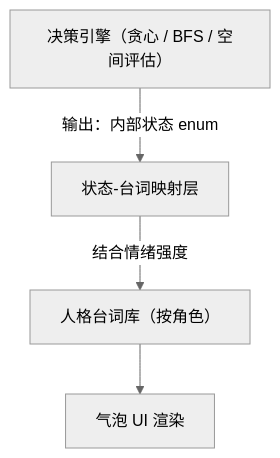
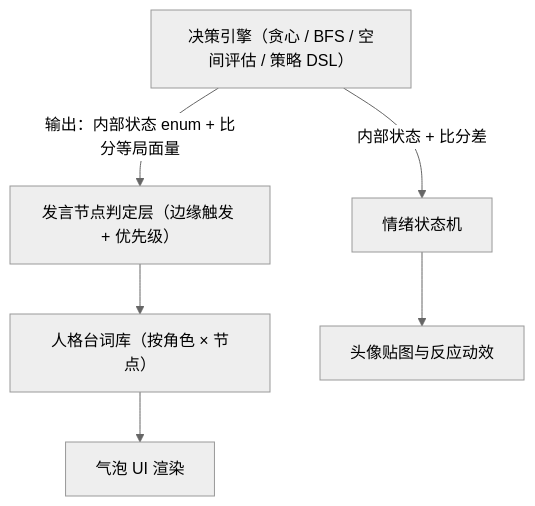
Before and after one commit to CodeAzuree/snakebattle: the fourth of 5 diagrams in docs/DESIGN.md, drawn with Mermaid (neutral theme). The commit also changed other lines of this file and 74 other files, not shown here.

````diff
--- a/docs/DESIGN.md
+++ b/docs/DESIGN.md
@@ -238,6 +263,8 @@
 ```mermaid
 flowchart TB
-    decision["决策引擎（贪心 / BFS / 空间评估）"] -->|"输出：内部状态 enum"| bridge[状态-台词映射层]
-    bridge -->|"结合情绪强度"| persona["人格台词库（按角色）"]
+    decision["决策引擎（贪心 / BFS / 空间评估 / 策略 DSL）"] -->|"输出：内部状态 enum + 比分等局面量"| bridge["发言节点判定层（边缘触发 + 优先级）"]
+    bridge --> persona["人格台词库（按角色 × 节点）"]
     persona --> ui[气泡 UI 渲染]
+    decision -->|"内部状态 + 比分差"| emotion[情绪状态机]
+    emotion --> portrait[头像贴图与反应动效]
 ```
````
